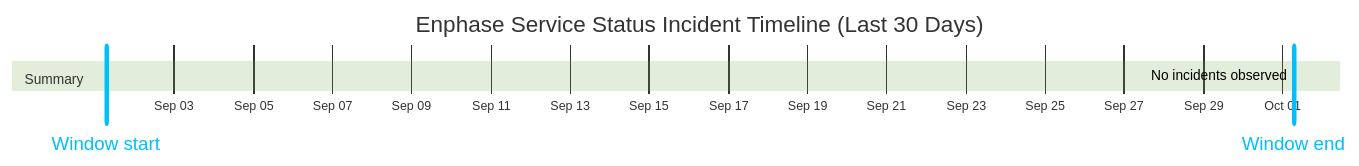
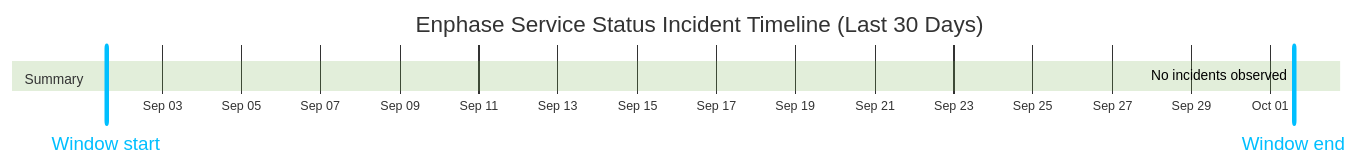
Before and after one commit to barneyonline/ha-enphase-energy: the diagram in wiki/Service-Status-History.md, drawn with Mermaid (forest theme). The commit also changed other lines of this file and 3 other files, not shown here.

````diff
--- a/wiki/Service-Status-History.md
+++ b/wiki/Service-Status-History.md
@@ -14,10 +14,10 @@
 ```mermaid
 gantt
     title Enphase Service Status Incident Timeline (Last 30 Days)
     dateFormat  YYYY-MM-DDTHH:mm:ss
     axisFormat  %b %d
-    Window start :vert, window-start, 2026-09-01T06:50:08, 0ms
-    Window end :vert, window-end, 2026-10-01T06:50:08, 0ms
+    Window start :vert, window-start, 2026-09-01T14:10:41, 0ms
+    Window end :vert, window-end, 2026-10-01T14:10:41, 0ms
     section Summary
-    No incidents observed :done, 2026-10-01T06:50:08, 1m
+    No incidents observed :done, 2026-10-01T14:10:41, 1m
 ```
````
